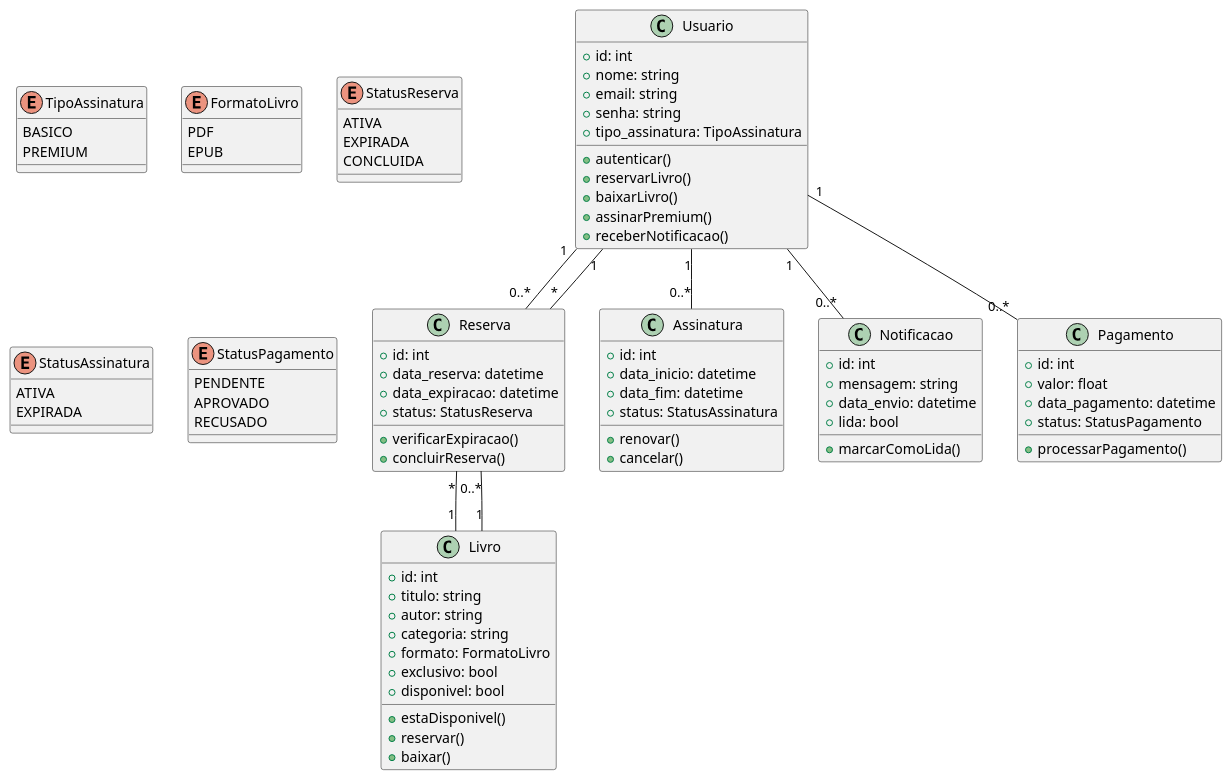
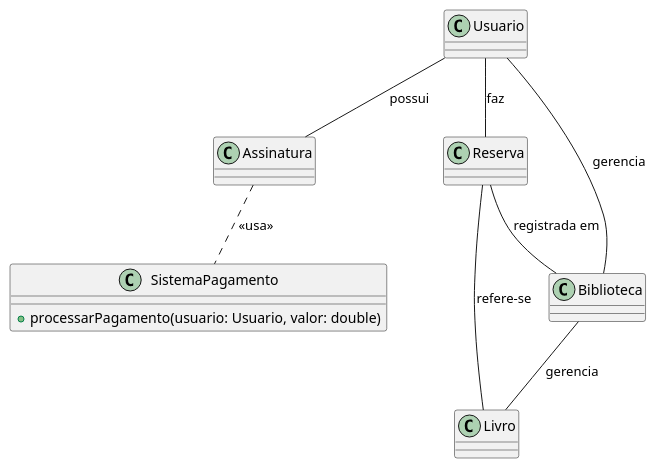
The diagram in docs/Disciplina/Roteiros/Elaboração/class_biblioteca.md (jonh-carvalho/PBE_25.2_8001), drawn with PlantUML before and after one commit. The commit also changed 5 other files, not shown here.

````diff
--- a/docs/Disciplina/Roteiros/Elaboração/class_biblioteca.md
+++ b/docs/Disciplina/Roteiros/Elaboração/class_biblioteca.md
@@ -170,99 +170,38 @@
 ```plantuml
-@startuml
+@startuml teste
+' Diagrama de Classe - Biblioteca Digital
+
 class Usuario {
-  +id: int
-  +nome: string
-  +email: string
-  +senha: string
-  +tipo_assinatura: TipoAssinatura
-  +autenticar()
-  +reservarLivro()
-  +baixarLivro()
-  +assinarPremium()
-  +receberNotificacao()
+  
 }
 
 class Livro {
-  +id: int
-  +titulo: string
-  +autor: string
-  +categoria: string
-  +formato: FormatoLivro
-  +exclusivo: bool
-  +disponivel: bool
-  +estaDisponivel()
-  +reservar()
-  +baixar()
+  
+}
+
+class Biblioteca {
+  
+}
+
+class Assinatura {
+  
 }
 
 class Reserva {
-  +id: int
-  +data_reserva: datetime
-  +data_expiracao: datetime
-  +status: StatusReserva
-  +verificarExpiracao()
-  +concluirReserva()
+  
 }
 
-class Assinatura {
-  +id: int
-  +data_inicio: datetime
-  +data_fim: datetime
-  +status: StatusAssinatura
-  +renovar()
-  +cancelar()
+class SistemaPagamento {
+  + processarPagamento(usuario: Usuario, valor: double)
 }
 
-class Notificacao {
-  +id: int
-  +mensagem: string
-  +data_envio: datetime
-  +lida: bool
-  +marcarComoLida()
-}
-
-class Pagamento {
-  +id: int
-  +valor: float
-  +data_pagamento: datetime
-  +status: StatusPagamento
-  +processarPagamento()
-}
-
-enum TipoAssinatura {
-  BASICO
-  PREMIUM
-}
-
-enum FormatoLivro {
-  PDF
-  EPUB
-}
-
-enum StatusReserva {
-  ATIVA
-  EXPIRADA
-  CONCLUIDA
-}
-
-enum StatusAssinatura {
-  ATIVA
-  EXPIRADA
-}
-
-enum StatusPagamento {
-  PENDENTE
-  APROVADO
-  RECUSADO
-}
-
-Usuario "1" -- "0..*" Reserva
-Usuario "1" -- "0..*" Assinatura
-Usuario "1" -- "0..*" Notificacao
-Usuario "1" -- "0..*" Pagamento
-Livro "1" -- "0..*" Reserva
-Reserva "*" -- "1" Usuario
-Reserva "*" -- "1" Livro
+Usuario --  Reserva : faz
+Reserva  -- Livro : refere-se
+Usuario  --  Assinatura : possui
+Biblioteca  --  Livro : gerencia
+Biblioteca  --  Usuario : gerencia
+Reserva  --  Biblioteca : registrada em
+Assinatura .. SistemaPagamento : <<usa>>
 
 @enduml
 ```
````
